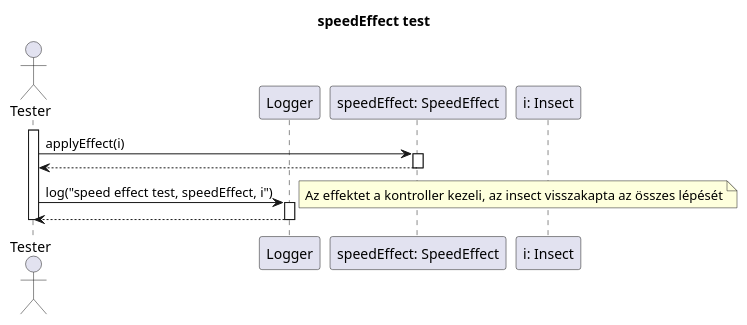
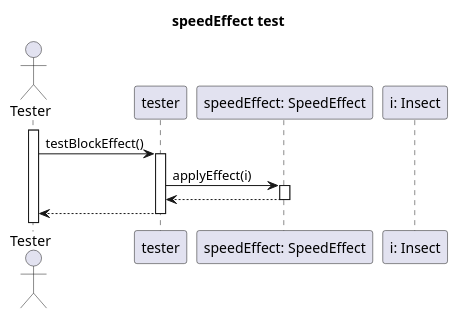
One commit to dzsem/projlab changed the diagram in diagrams/test-sequence/effect/speedEffect.plantuml. Above: the diagram before and after it, drawn with PlantUML. The commit also changed 12 other files, not shown here.

```diff
--- a/diagrams/test-sequence/effect/speedEffect.plantuml
+++ b/diagrams/test-sequence/effect/speedEffect.plantuml
@@ -1,28 +1,25 @@
 @startuml speedEffect
 
 title speedEffect test
 
-actor Tester as tester
+Actor Tester as test
+activate test
+test -> tester: testBlockEffect()
 
-participant "Logger" as logger
+participant Skeleton as tester
+
 participant "speedEffect: SpeedEffect" as speed
 participant "i: Insect" as insect
 
 activate tester
 
 tester -> speed: applyEffect(i)
 activate speed
 
 speed --> tester
 deactivate speed
 
-tester -> logger: log("speed effect test, speedEffect, i")
-note right: Az effektet a kontroller kezeli, az insect visszakapta az összes lépését
-activate logger
 
-logger--> tester
-deactivate logger
-
+test<-- tester
 deactivate tester
-
 @enduml
```
